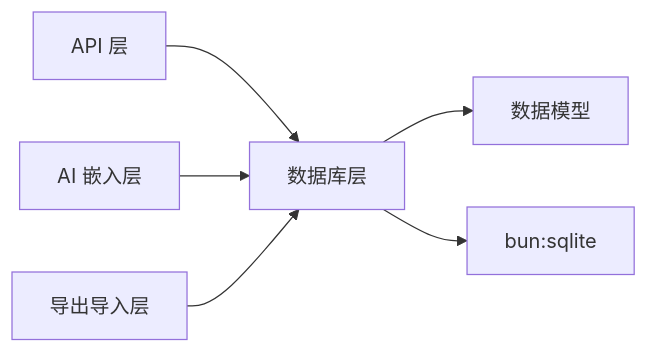
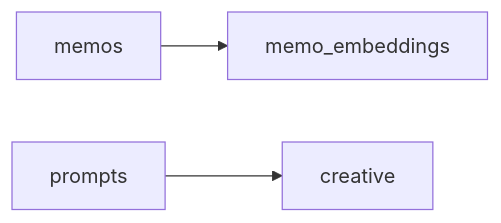
One commit to BlackBoxRecorder/memos changed the sixth of 6 diagrams in .qoder/repowiki/zh/content/数据库设计.md. Above: the diagram before and after it, drawn with Mermaid. The commit also changed other lines of this file and 83 other files, not shown here.

````diff
--- a/.qoder/repowiki/zh/content/数据库设计.md
+++ b/.qoder/repowiki/zh/content/数据库设计.md
@@ -401,8 +286,5 @@
 ```mermaid
 graph LR
-API["API 层"] --> DB["数据库层"]
-AI["AI 嵌入层"] --> DB
-EXPORT["导出导入层"] --> DB
-DB --> MODELS["数据模型"]
-DB --> Bun["bun:sqlite"]
+MEMOS["memos"] --> ME["memo_embeddings"]
+PROMPTS["prompts"] --> CREATIVE["creative"]
 ```
````
